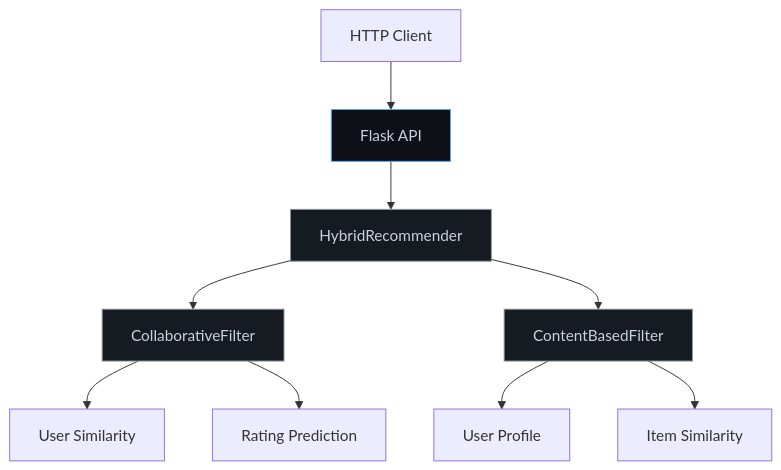
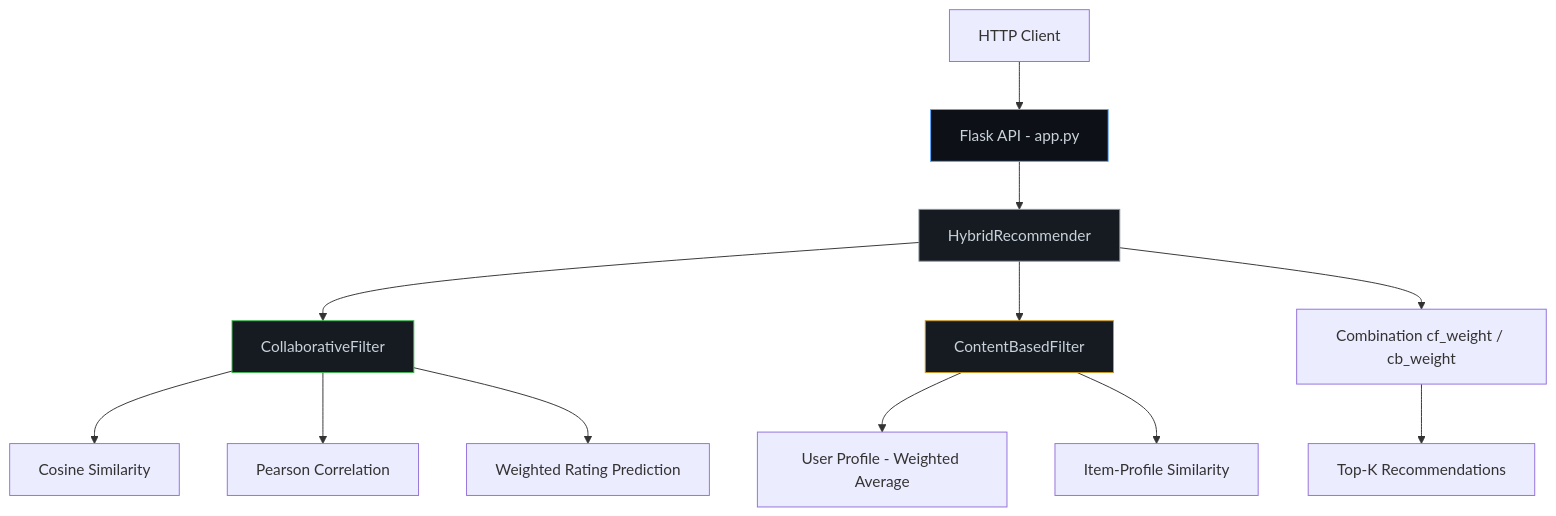
Before and after one commit to galafis/Recommendation-Engine: the third of 4 diagrams in README.md, drawn with Mermaid. The commit also changed other lines of this file and 3 other files, not shown here.

````diff
--- a/README.md
+++ b/README.md
@@ -114,16 +185,19 @@
 ```mermaid
 graph TD
-    A[HTTP Client] --> B[Flask API]
+    A[HTTP Client] --> B[Flask API - app.py]
     B --> C[HybridRecommender]
     C --> D[CollaborativeFilter]
     C --> E[ContentBasedFilter]
-    D --> F[User Similarity]
-    D --> G[Rating Prediction]
-    E --> H[User Profile]
-    E --> I[Item Similarity]
+    D --> F[Cosine Similarity]
+    D --> G[Pearson Correlation]
+    D --> H[Weighted Rating Prediction]
+    E --> I[User Profile - Weighted Average]
+    E --> J[Item-Profile Similarity]
+    C --> K[Combination cf_weight / cb_weight]
+    K --> L[Top-K Recommendations]
 
     style B fill:#0d1117,color:#c9d1d9,stroke:#58a6ff
     style C fill:#161b22,color:#c9d1d9,stroke:#8b949e
-    style D fill:#161b22,color:#c9d1d9,stroke:#8b949e
-    style E fill:#161b22,color:#c9d1d9,stroke:#8b949e
+    style D fill:#161b22,color:#c9d1d9,stroke:#3fb950
+    style E fill:#161b22,color:#c9d1d9,stroke:#d29922
 ```
````
